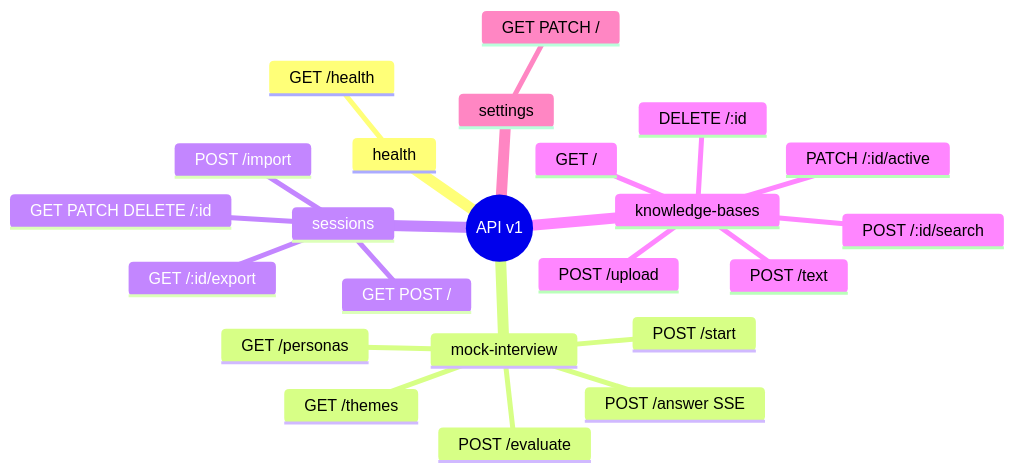
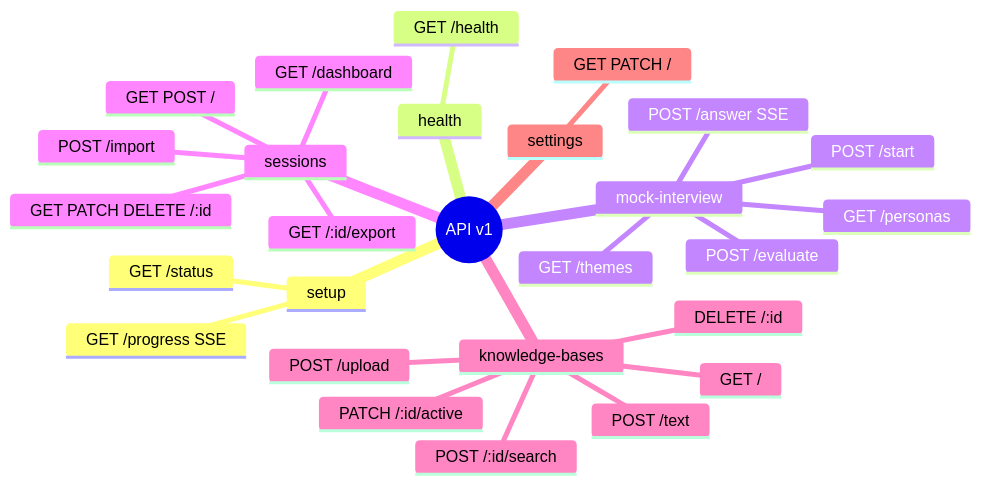
The third of 3 diagrams in react-fastapi/README.md (Myubd/interview-ai-app), drawn with Mermaid before and after one commit. The commit also changed other lines of this file and 31 other files, not shown here.

````diff
--- a/react-fastapi/README.md
+++ b/react-fastapi/README.md
@@ -199,26 +206,30 @@
 ```mermaid
 mindmap
   root((API v1))
+    setup
+      GET /status
+      GET /progress SSE
     health
       GET /health
     mock-interview
       POST /start
       POST /answer SSE
       POST /evaluate
       GET /personas
       GET /themes
     sessions
       GET POST /
+      GET /dashboard
       GET PATCH DELETE /:id
       GET /:id/export
       POST /import
     knowledge-bases
       GET /
       POST /text
       POST /upload
       DELETE /:id
       PATCH /:id/active
       POST /:id/search
     settings
       GET PATCH /
 ```
````
